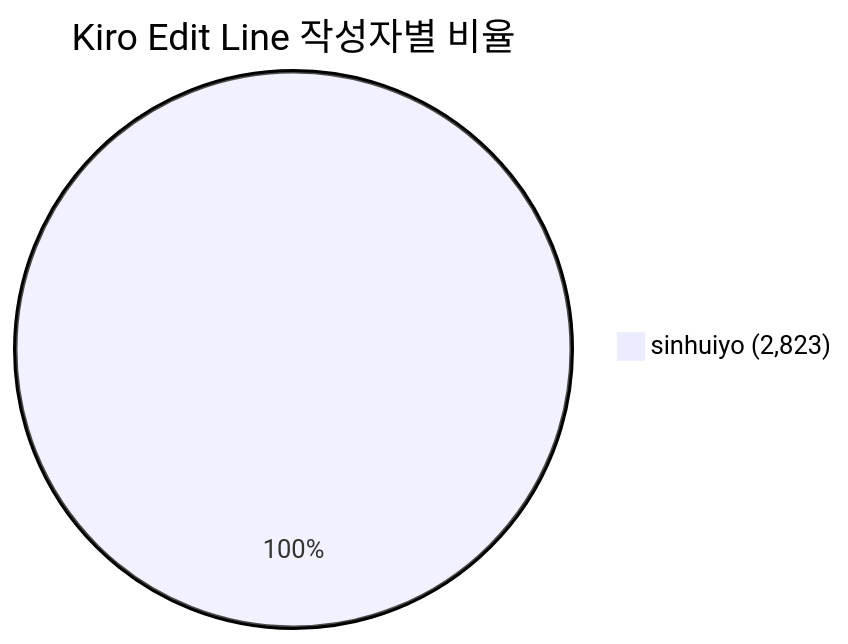
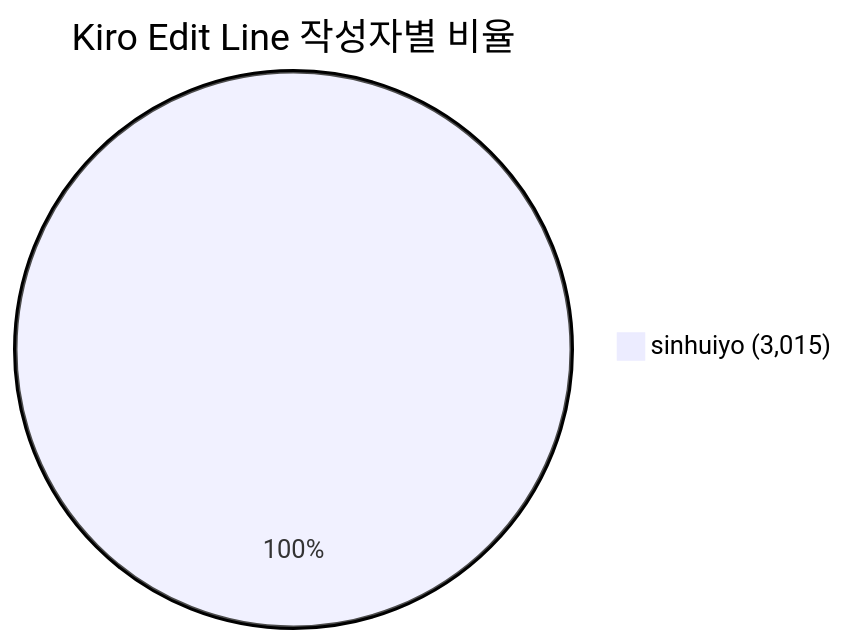
One commit to Leesinhui-medialog/ExPjt changed the first of 2 diagrams in kiro-generated.md. Above: the diagram before and after it, drawn with Mermaid. The commit also changed other lines of this file and 35 other files, not shown here.

````diff
--- a/kiro-generated.md
+++ b/kiro-generated.md
@@ -55,4 +57,4 @@
 ```mermaid
 pie title Kiro Edit Line 작성자별 비율
-    "sinhuiyo (2,823)" : 2823
+    "sinhuiyo (3,015)" : 3015
 ```
````
